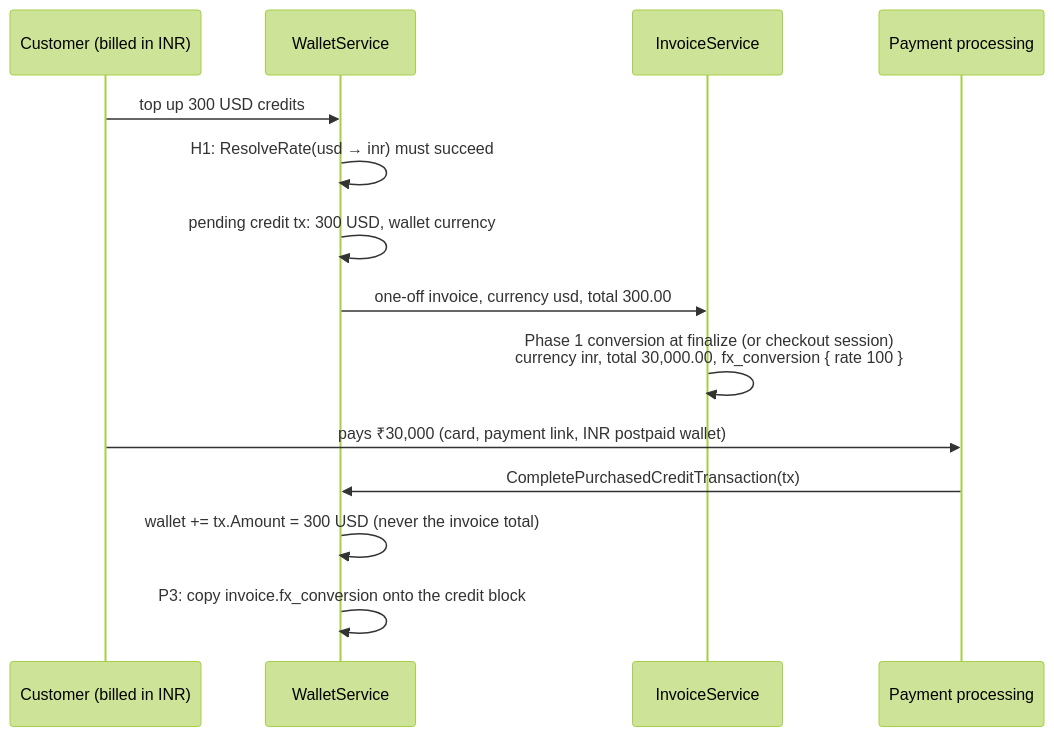
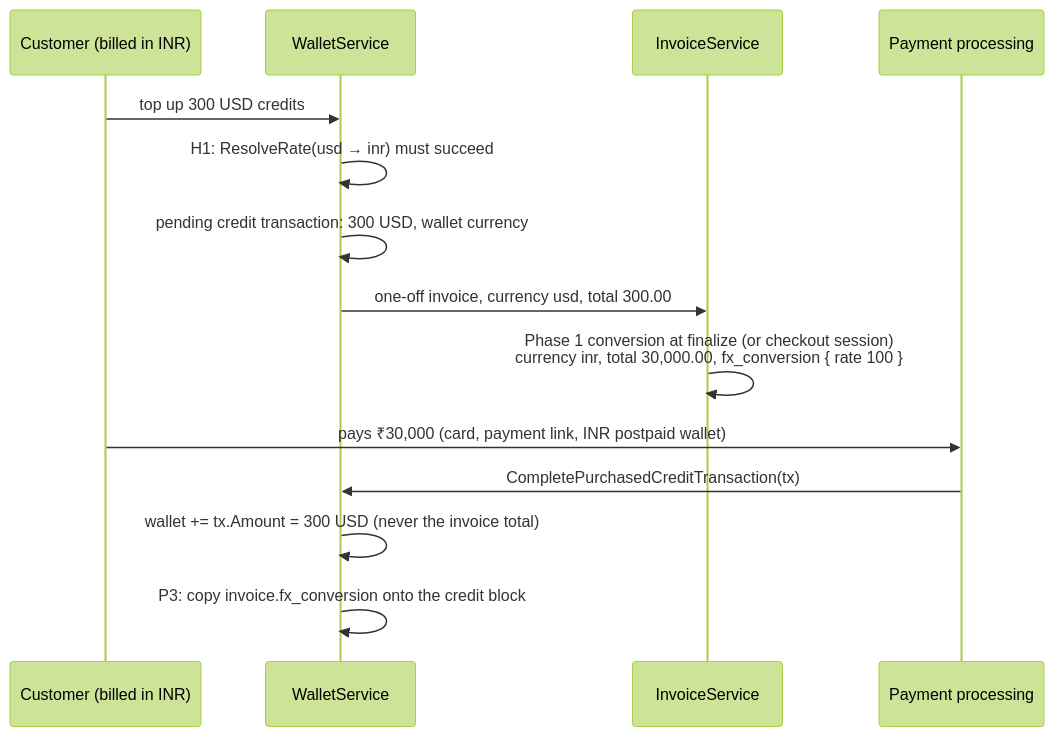
Before and after one commit to aghijap/flexprice-FLE-1411: the second of 5 diagrams in docs/design/2026-09-26-FLE-1383-adaptive-multi-currency-phase2-erd.md, drawn with Mermaid (forest theme). The commit also changed other lines of this file and 1 other file, not shown here.

````diff
--- a/docs/design/2026-09-26-FLE-1383-adaptive-multi-currency-phase2-erd.md
+++ b/docs/design/2026-09-26-FLE-1383-adaptive-multi-currency-phase2-erd.md
@@ -160,16 +159,16 @@
 ```mermaid
 sequenceDiagram
     participant Cu as Customer (billed in INR)
     participant W as WalletService
     participant Inv as InvoiceService
     participant Pay as Payment processing
     Cu->>W: top up 300 USD credits
     W->>W: H1: ResolveRate(usd → inr) must succeed
-    W->>W: pending credit tx: 300 USD, wallet currency
+    W->>W: pending credit transaction: 300 USD, wallet currency
     W->>Inv: one-off invoice, currency usd, total 300.00
     Inv->>Inv: Phase 1 conversion at finalize (or checkout session)<br/>currency inr, total 30,000.00, fx_conversion { rate 100 }
     Cu->>Pay: pays ₹30,000 (card, payment link, INR postpaid wallet)
     Pay->>W: CompletePurchasedCreditTransaction(tx)
     W->>W: wallet += tx.Amount = 300 USD (never the invoice total)
     W->>W: P3: copy invoice.fx_conversion onto the credit block
 ```
````
